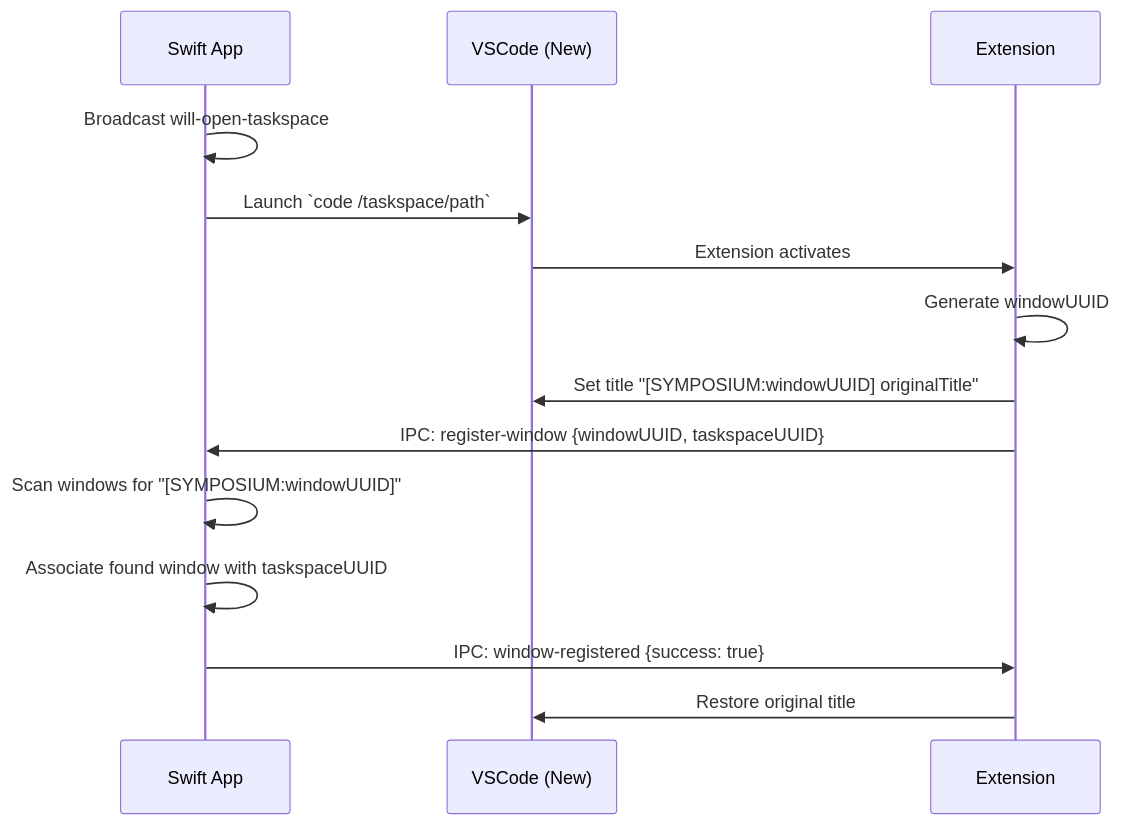
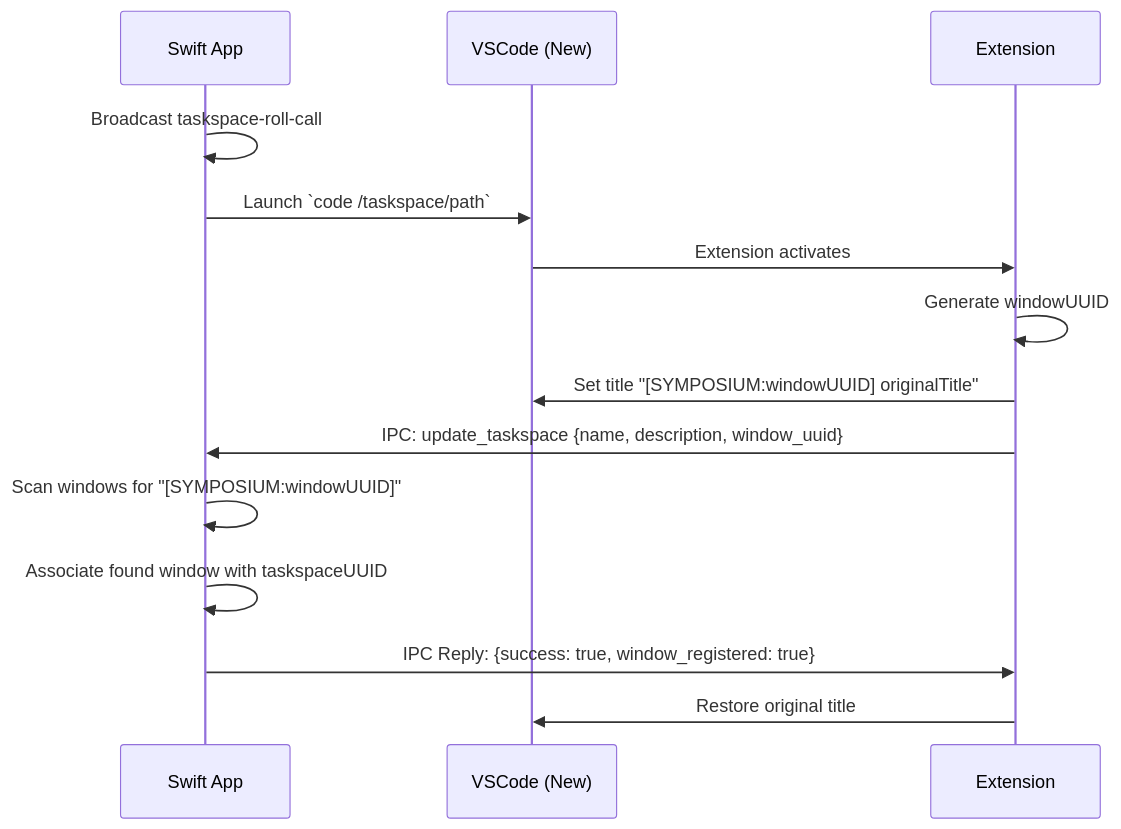
The first of 2 diagrams in md/work-in-progress/mvp/window-registration-design.md (socratic-shell/symposium), drawn with Mermaid before and after one commit. The commit also changed other lines of this file, not shown here.

First line of the commit message:
Update window registration design to use existing IPC and roll-call pattern

````diff
--- a/md/work-in-progress/mvp/window-registration-design.md
+++ b/md/work-in-progress/mvp/window-registration-design.md
@@ -34,17 +34,17 @@
 ```mermaid
 sequenceDiagram
     participant S as Swift App
     participant V as VSCode (New)
     participant E as Extension
 
-    S->>S: Broadcast will-open-taskspace
+    S->>S: Broadcast taskspace-roll-call
     S->>V: Launch `code /taskspace/path`
     V->>E: Extension activates
     E->>E: Generate windowUUID
     E->>V: Set title "[SYMPOSIUM:windowUUID] originalTitle"
-    E->>S: IPC: register-window {windowUUID, taskspaceUUID}
+    E->>S: IPC: update_taskspace {name, description, window_uuid}
     S->>S: Scan windows for "[SYMPOSIUM:windowUUID]"
     S->>S: Associate found window with taskspaceUUID
-    S->>E: IPC: window-registered {success: true}
+    S->>E: IPC Reply: {success: true, window_registered: true}
     E->>V: Restore original title
 ```
````
